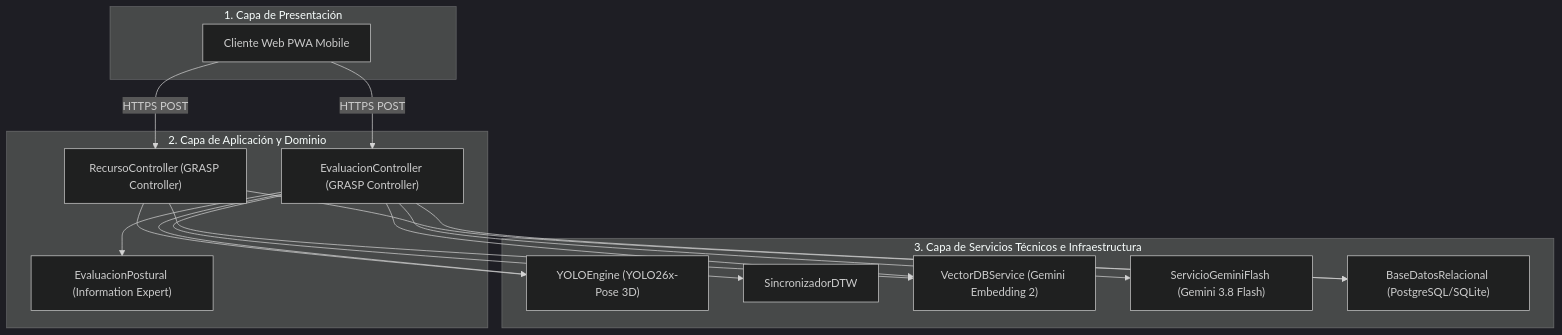
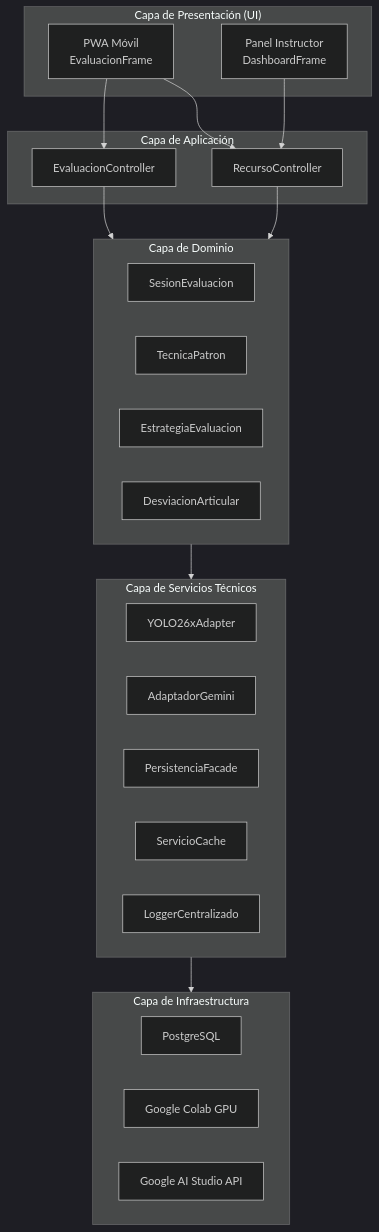
One commit to Tsmrain/JiuJitsu changed the sixth of 11 diagrams in README.md. Above: the diagram before and after it, drawn with Mermaid (dark theme). The commit also changed other lines of this file, not shown here.

````diff
--- a/README.md
+++ b/README.md
@@ -523,24 +759,41 @@
 ```mermaid
 graph TD
-    subgraph UI["1. Capa de Presentación"]
-        PWA["Cliente Web PWA Mobile"]
+    subgraph Presentacion["Capa de Presentación (UI)"]
+        PWA["PWA Móvil<br/>EvaluacionFrame"]
+        Web["Panel Instructor<br/>DashboardFrame"]
     end
 
-    subgraph Domain["2. Capa de Aplicación y Dominio"]
-        RC["RecursoController (GRASP Controller)"]
-        EC["EvaluacionController (GRASP Controller)"]
-        EP["EvaluacionPostural (Information Expert)"]
+    subgraph Aplicacion["Capa de Aplicación"]
+        RC["RecursoController"]
+        EC["EvaluacionController"]
     end
 
-    subgraph Tech["3. Capa de Servicios Técnicos e Infraestructura"]
-        YOLO["YOLOEngine (YOLO26x-Pose 3D)"]
-        DTW["SincronizadorDTW"]
-        VDB["VectorDBService (Gemini Embedding 2)"]
-        SGF["ServicioGeminiFlash (Gemini 3.8 Flash)"]
-        BD["BaseDatosRelacional (PostgreSQL/SQLite)"]
+    subgraph Dominio["Capa de Dominio"]
+        SE["SesionEvaluacion"]
+        TP["TecnicaPatron"]
+        EP["EstrategiaEvaluacion"]
+        DA["DesviacionArticular"]
     end
 
-    PWA -->|HTTPS POST| RC & EC
-    RC --> VDB & YOLO & BD
-    EC --> EP & YOLO & DTW & VDB & SGF & BD
+    subgraph Servicios["Capa de Servicios Técnicos"]
+        YOLO["YOLO26xAdapter"]
+        GEM["AdaptadorGemini"]
+        PERS["PersistenciaFacade"]
+        CACHE["ServicioCache"]
+        LOG["LoggerCentralizado"]
+    end
+
+    subgraph Infraestructura["Capa de Infraestructura"]
+        PG["PostgreSQL"]
+        COLAB["Google Colab GPU"]
+        GAPI["Google AI Studio API"]
+    end
+
+    PWA --> RC
+    PWA --> EC
+    Web --> RC
+    RC --> Dominio
+    EC --> Dominio
+    Dominio --> Servicios
+    Servicios --> Infraestructura
 ```
````
